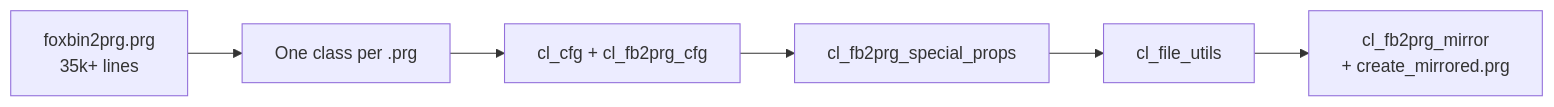
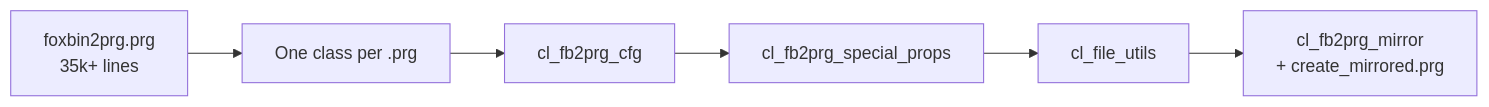
Before and after one commit to lkmatsumura/foxbin2prg: the diagram in README.md, drawn with Mermaid. The commit also changed other lines of this file and 13 other files, not shown here.

````diff
--- a/README.md
+++ b/README.md
@@ -56,11 +56,11 @@
 ```mermaid
 flowchart LR
     monolith["foxbin2prg.prg\n35k+ lines"]
     split["One class per .prg"]
-    cfg["cl_cfg + cl_fb2prg_cfg"]
+    cfg["cl_fb2prg_cfg"]
     props["cl_fb2prg_special_props"]
     files["cl_file_utils"]
     mirror["cl_fb2prg_mirror\n+ create_mirrored.prg"]
 
     monolith --> split --> cfg --> props --> files --> mirror
 ```
````
